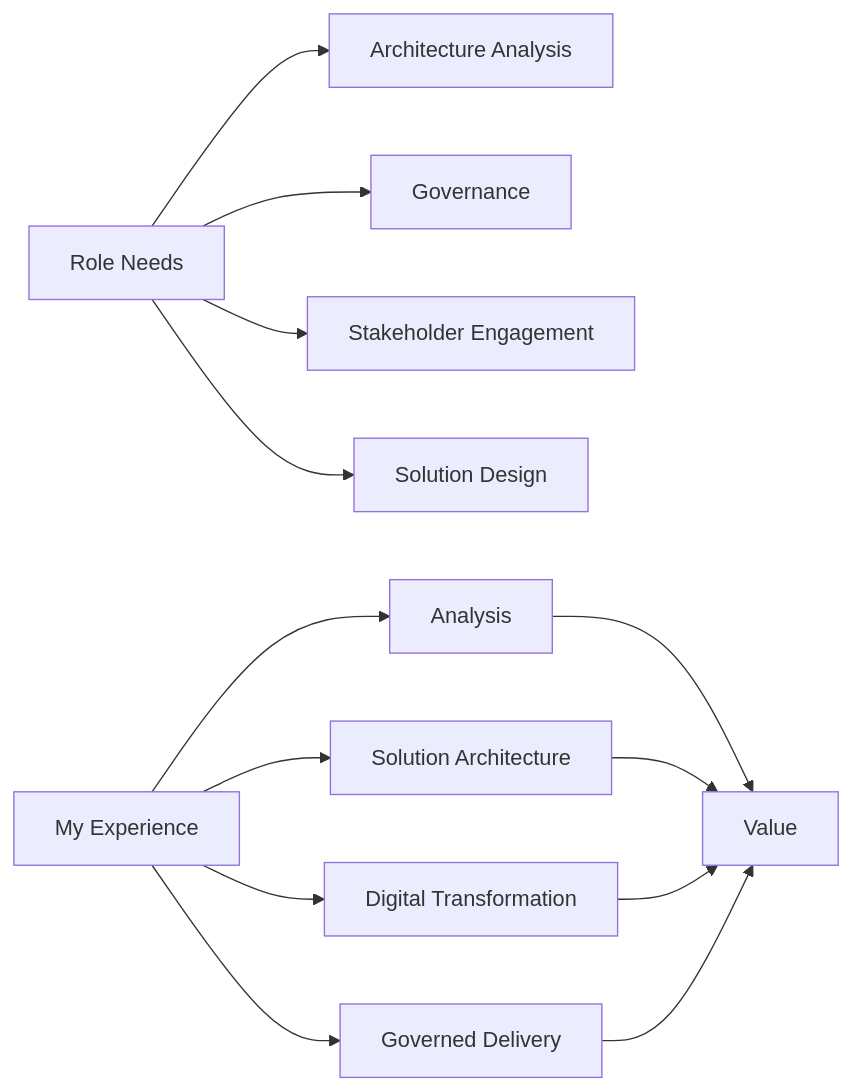
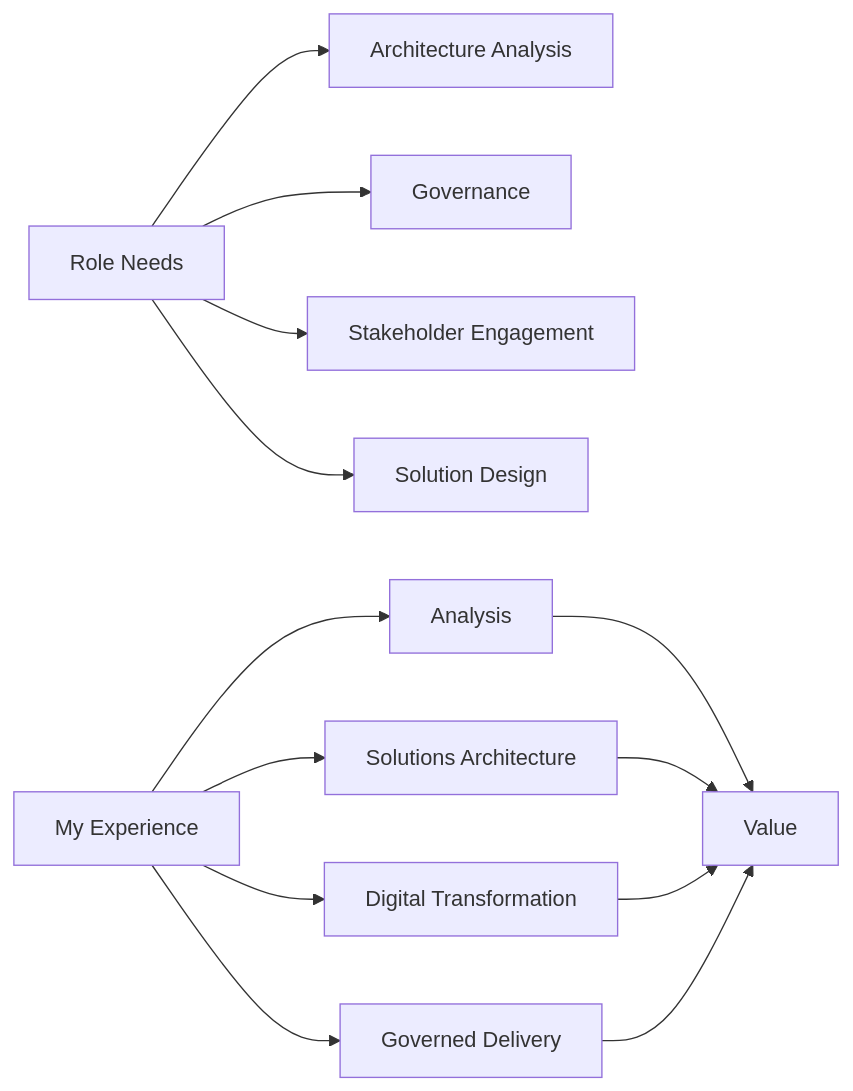
Before and after one commit to banban/banban: diagram 13 of 15 in README.md, drawn with Mermaid. The commit also changed other lines of this file and 1 other file, not shown here.

````diff
--- a/README.md
+++ b/README.md
@@ -359,15 +360,15 @@
 ```mermaid
 flowchart LR
     R[Role Needs] --> A[Architecture Analysis]
     R --> G[Governance]
     R --> S[Stakeholder Engagement]
     R --> D[Solution Design]
     E[My Experience] --> AA[Analysis]
-    E --> SA[Solution Architecture]
+    E --> SA[Solutions Architecture]
     E --> DT[Digital Transformation]
     E --> GD[Governed Delivery]
     AA --> V[Value]
     SA --> V
     DT --> V
     GD --> V
 ```
````
